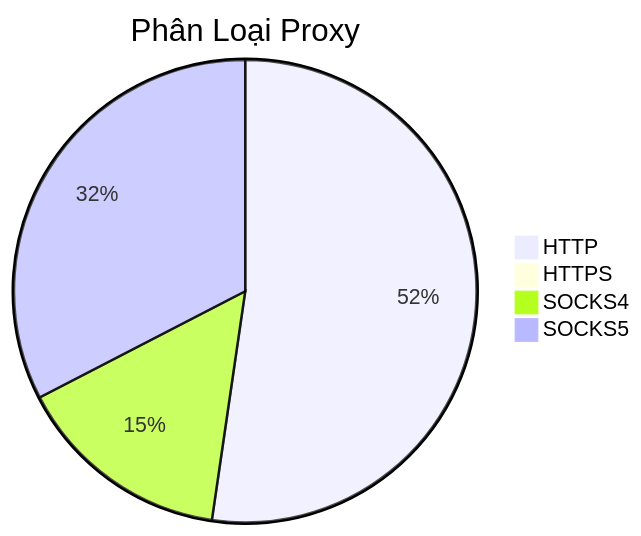
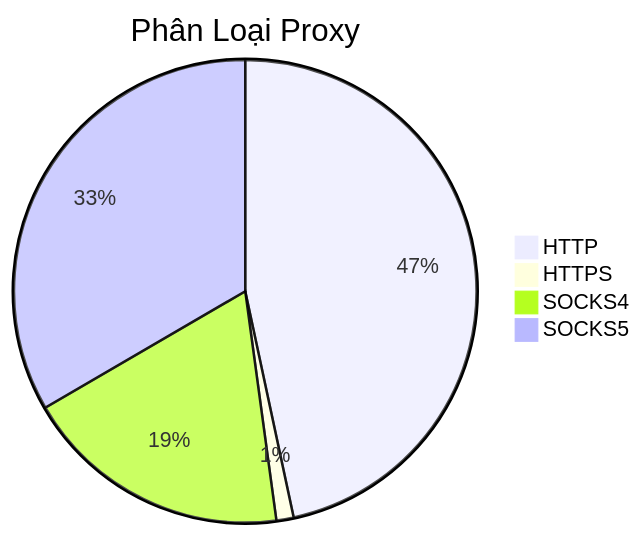
Before and after one commit to Ciara-Aa/PROXY-free: the diagram in README.md, drawn with Mermaid. The commit also changed other lines of this file and 4 other files, not shown here.

````diff
--- a/README.md
+++ b/README.md
@@ -26,7 +26,7 @@
 ```mermaid
 pie title Phân Loại Proxy
-    "HTTP" : 329
-    "HTTPS" : 2
-    "SOCKS4" : 95
-    "SOCKS5" : 205
+    "HTTP" : 271
+    "HTTPS" : 7
+    "SOCKS4" : 109
+    "SOCKS5" : 194
 ```
````
